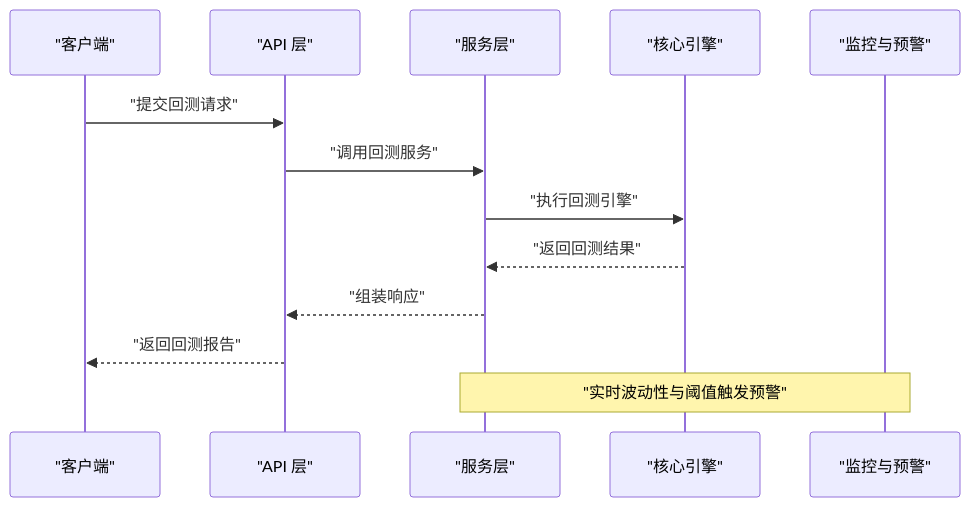
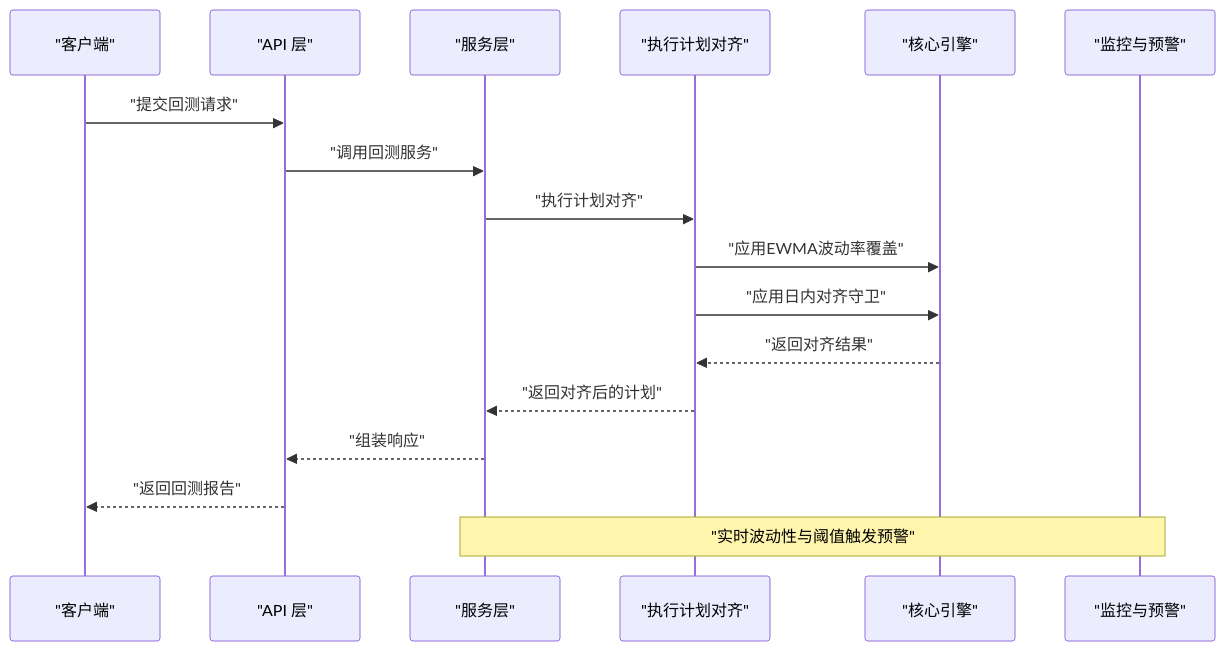
One commit to anYaoooo/daily_stock_analysis changed the second of 8 diagrams in .qoder/repowiki/zh/content/交易策略系统/风险管理.md. Above: the diagram before and after it, drawn with Mermaid. The commit also changed other lines of this file and 23 other files, not shown here.

````diff
--- a/.qoder/repowiki/zh/content/交易策略系统/风险管理.md
+++ b/.qoder/repowiki/zh/content/交易策略系统/风险管理.md
@@ -138,15 +160,19 @@
 ```mermaid
 sequenceDiagram
 participant Client as "客户端"
 participant API as "API 层"
 participant Service as "服务层"
+participant Analyzer as "执行计划对齐"
 participant Engine as "核心引擎"
 participant Monitor as "监控与预警"
 Client->>API : "提交回测请求"
 API->>Service : "调用回测服务"
-Service->>Engine : "执行回测引擎"
-Engine-->>Service : "返回回测结果"
+Service->>Analyzer : "执行计划对齐"
+Analyzer->>Engine : "应用EWMA波动率覆盖"
+Analyzer->>Engine : "应用日内对齐守卫"
+Engine-->>Analyzer : "返回对齐结果"
+Analyzer-->>Service : "返回对齐后的计划"
 Service-->>API : "组装响应"
 API-->>Client : "返回回测报告"
 Note over Monitor,Service : "实时波动性与阈值触发预警"
 ```
````
